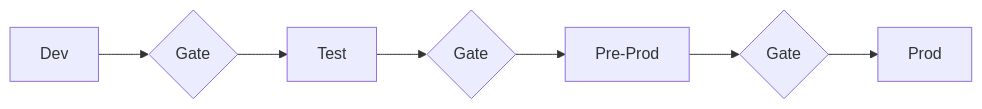
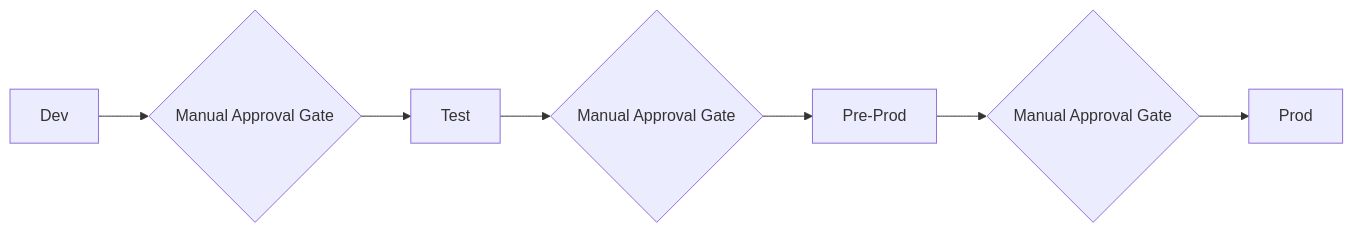
The second of 2 diagrams in TRAINING.md (DHCW-Digital-Health-and-Care-Wales/Integration-Hub-Beta), drawn with Mermaid before and after one commit. The commit also changed other lines of this file, not shown here.

````diff
--- a/TRAINING.md
+++ b/TRAINING.md
@@ -1135,4 +1067,4 @@
 ```mermaid
 graph LR
-    Dev[Dev] --> G1{Gate} --> Test[Test] --> G2{Gate} --> PreProd[Pre-Prod] --> G3{Gate} --> Prod[Prod]
+    Dev[Dev] --> G1{Manual Approval Gate} --> Test[Test] --> G2{Manual Approval Gate} --> PreProd[Pre-Prod] --> G3{Manual Approval Gate} --> Prod[Prod]
 ```
````
